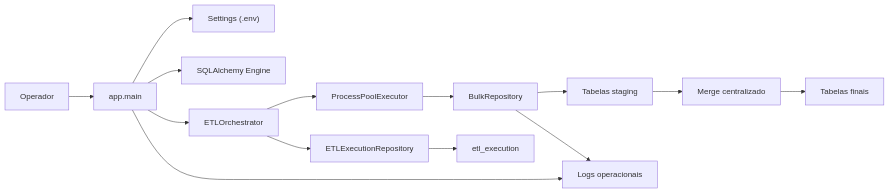
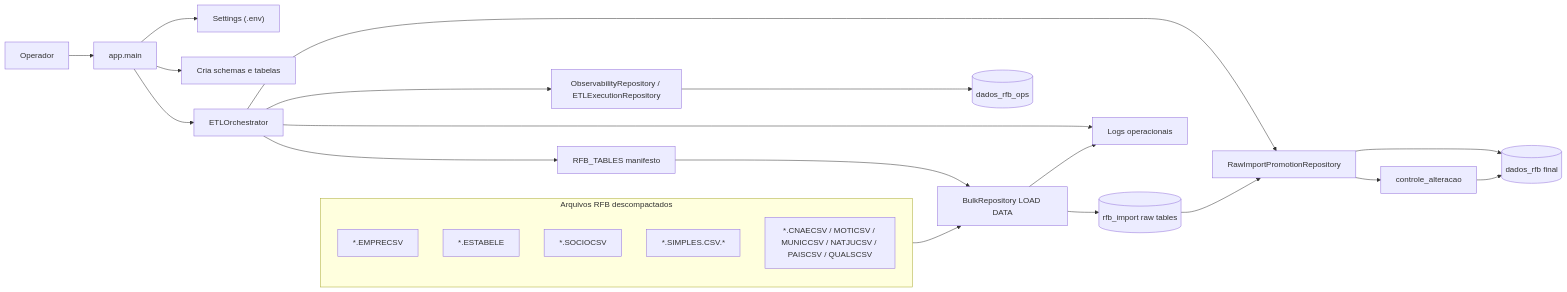
One commit to vrelme/DADOS_RFB changed the diagram in docs/diagrams/architecture.mmd. Above: the diagram before and after it, drawn with Mermaid. The commit also changed 9 other files, not shown here.

Commit message:
docs: update v3 raw import architecture

```diff
--- a/docs/diagrams/architecture.mmd
+++ b/docs/diagrams/architecture.mmd
@@ -1,17 +1,30 @@
 flowchart LR
     User["Operador"] --> Main["app.main"]
     Main --> Config["Settings (.env)"]
-    Main --> DB["SQLAlchemy Engine"]
+    Main --> CreateDB["Cria schemas e tabelas"]
     Main --> Orchestrator["ETLOrchestrator"]
 
-    Orchestrator --> Workers["ProcessPoolExecutor"]
-    Workers --> Loader["BulkRepository"]
-    Loader --> Staging["Tabelas staging"]
-    Staging --> Merge["Merge centralizado"]
-    Merge --> Final["Tabelas finais"]
+    subgraph Input["Arquivos RFB descompactados"]
+        EmpresaFiles["*.EMPRECSV"]
+        EstabFiles["*.ESTABELE"]
+        SocioFiles["*.SOCIOCSV"]
+        SimplesFiles["*.SIMPLES.CSV.*"]
+        DomainFiles["*.CNAECSV / MOTICSV / MUNICCSV / NATJUCSV / PAISCSV / QUALSCSV"]
+    end
 
-    Orchestrator --> Audit["ETLExecutionRepository"]
-    Audit --> Control["etl_execution"]
+    Orchestrator --> Manifest["RFB_TABLES manifesto"]
+    Manifest --> Loader["BulkRepository LOAD DATA"]
+    Input --> Loader
+    Loader --> ImportDB[("rfb_import raw tables")]
 
-    Loader --> Logs["Logs operacionais"]
-    Main --> Logs
+    Orchestrator --> OpsRepo["ObservabilityRepository / ETLExecutionRepository"]
+    OpsRepo --> OpsDB[("dados_rfb_ops")]
+
+    Orchestrator --> Promotion["RawImportPromotionRepository"]
+    ImportDB --> Promotion
+    Promotion --> FinalDB[("dados_rfb final")]
+    Promotion --> Control["controle_alteracao"]
+    Control --> FinalDB
+
+    Orchestrator --> Logs["Logs operacionais"]
+    Loader --> Logs
```
